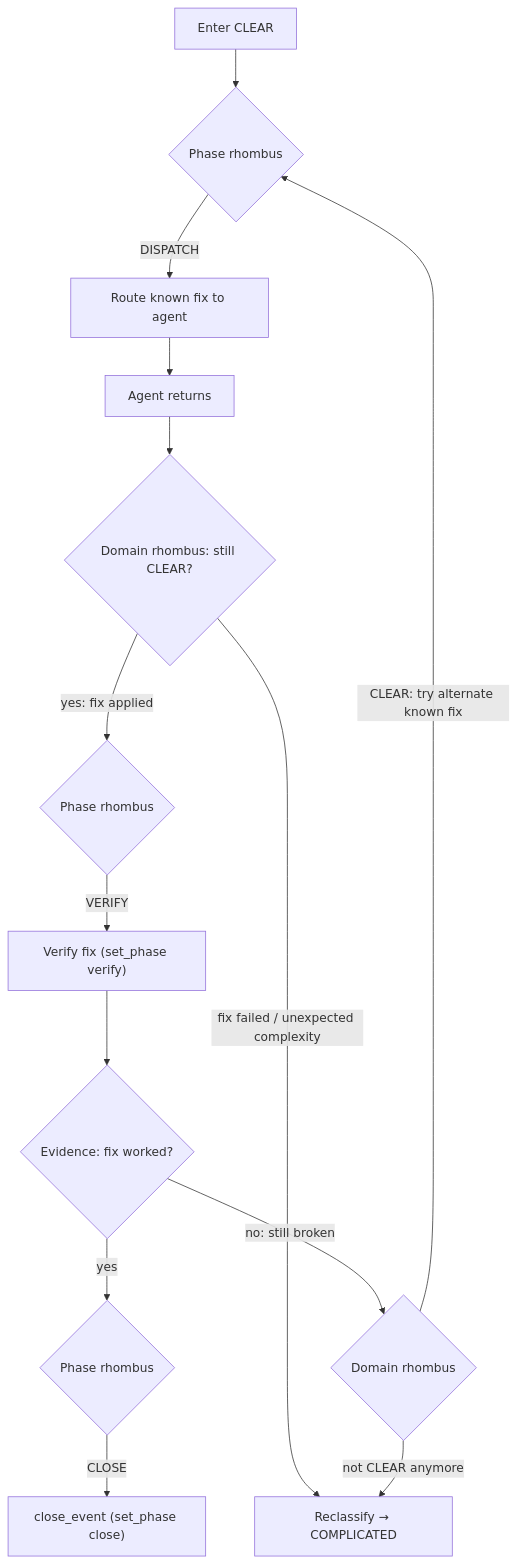
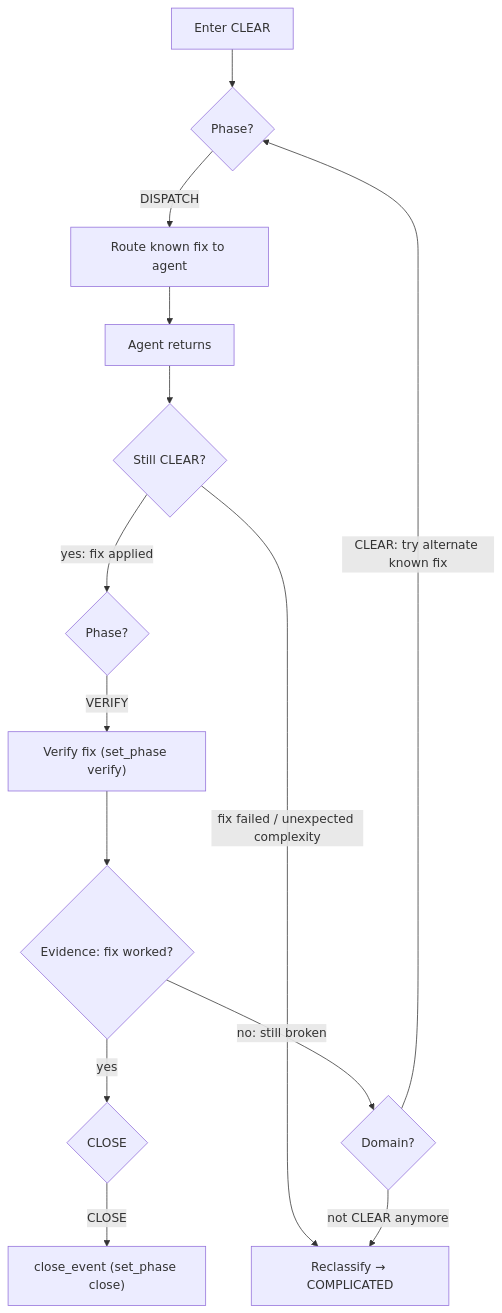
The diagram in src/agents/brain_skills/domain/clear.md (The-Darwin-Project/Blackboard), drawn with Mermaid before and after one commit. The commit also changed other lines of this file and 8 other files, not shown here.

First line of the commit message:
refactor(brain_skills): remove redundant "rhombus" from Mermaid labels, rename concept to dual-gate

````diff
--- a/src/agents/brain_skills/domain/clear.md
+++ b/src/agents/brain_skills/domain/clear.md
@@ -29,22 +29,22 @@
 ```mermaid
 graph TD
-    Enter["Enter CLEAR"] --> PhaseD{"Phase rhombus"}
+    Enter["Enter CLEAR"] --> PhaseD{"Phase?"}
     PhaseD -->|"DISPATCH"| Route["Route known fix to agent"]
 
     Route --> AgentReturn["Agent returns"]
 
-    AgentReturn --> DomainR{"Domain rhombus: still CLEAR?"}
-    DomainR -->|"yes: fix applied"| PhaseV{"Phase rhombus"}
+    AgentReturn --> DomainR{"Still CLEAR?"}
+    DomainR -->|"yes: fix applied"| PhaseV{"Phase?"}
     DomainR -->|"fix failed / unexpected complexity"| Reclass["Reclassify → COMPLICATED"]
 
     PhaseV -->|"VERIFY"| Verify["Verify fix (set_phase verify)"]
 
     Verify --> Fixed{"Evidence: fix worked?"}
-    Fixed -->|"yes"| PhaseC{"Phase rhombus"}
-    Fixed -->|"no: still broken"| DomainR2{"Domain rhombus"}
+    Fixed -->|"yes"| PhaseC{"CLOSE"}
+    Fixed -->|"no: still broken"| DomainR2{"Domain?"}
 
     DomainR2 -->|"CLEAR: try alternate known fix"| PhaseD
     DomainR2 -->|"not CLEAR anymore"| Reclass
 
     PhaseC -->|"CLOSE"| Close["close_event (set_phase close)"]
 ```
````
